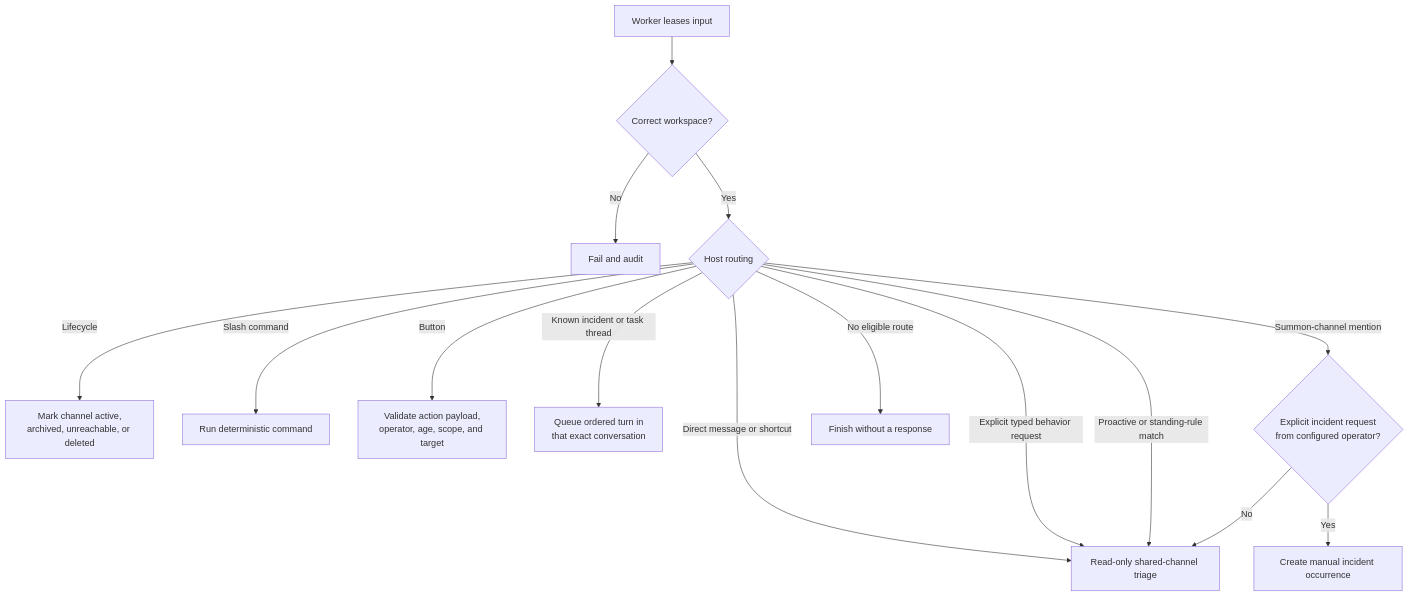
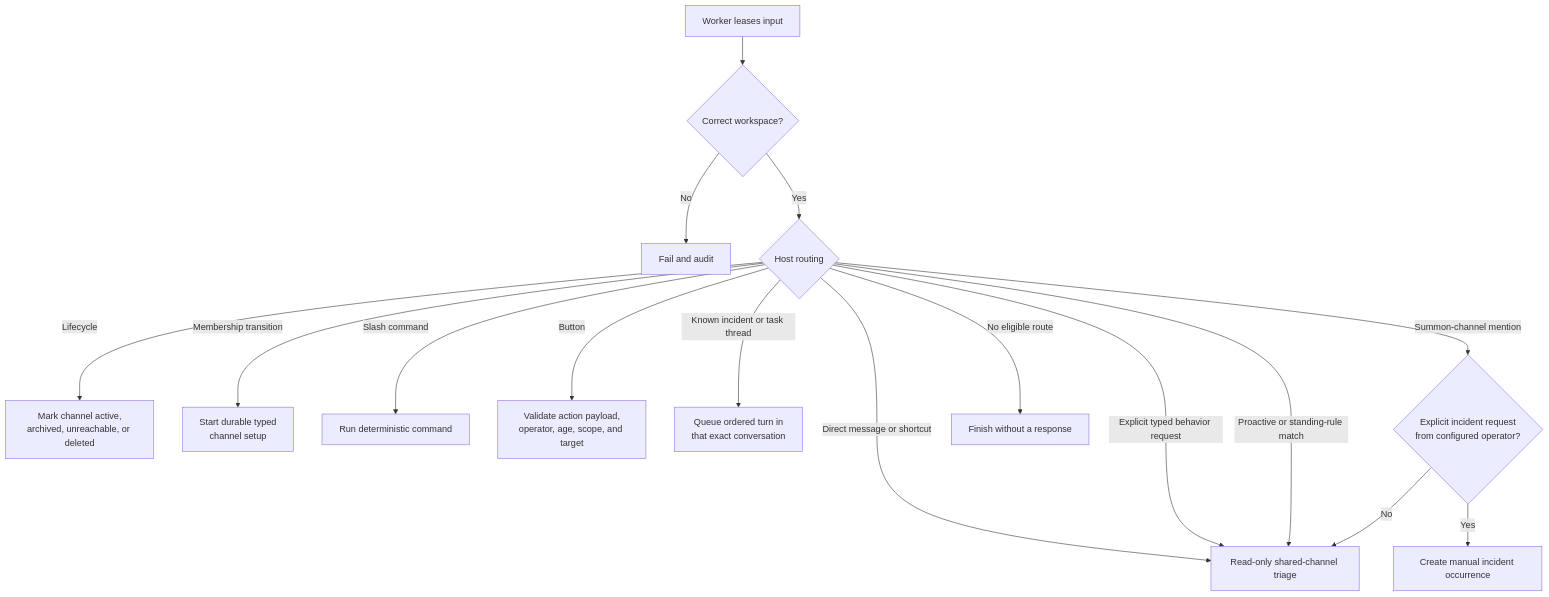
Before and after one commit to AndrewDryga/ryker: the third of 11 diagrams in docs/how-responder-works.md, drawn with Mermaid. The commit also changed other lines of this file and 76 other files, not shown here.

Commit message:
Add durable scheduler, channel setup wizard, and Slack app rebrand

````diff
--- a/docs/how-responder-works.md
+++ b/docs/how-responder-works.md
@@ -118,19 +128,20 @@
 ```mermaid
 flowchart TD
   Lease["Worker leases input"] --> Workspace{"Correct workspace?"}
   Workspace -- No --> Terminal["Fail and audit"]
   Workspace -- Yes --> Route{"Host routing"}
 
   Route -- "Lifecycle" --> Lifecycle["Mark channel active,<br/>archived, unreachable, or deleted"]
+  Route -- "Membership transition" --> Setup["Start durable typed<br/>channel setup"]
   Route -- "Slash command" --> Slash["Run deterministic command"]
   Route -- "Button" --> Action["Validate action payload,<br/>operator, age, scope, and target"]
   Route -- "Known incident or task thread" --> Conversation["Queue ordered turn in<br/>that exact conversation"]
   Route -- "Direct message or shortcut" --> Triage["Read-only shared-channel triage"]
   Route -- "Summon-channel mention" --> Summon{"Explicit incident request<br/>from configured operator?"}
   Route -- "Explicit typed behavior request" --> Triage
   Route -- "Proactive or standing-rule match" --> Triage
   Route -- "No eligible route" --> Done["Finish without a response"]
 
   Summon -- Yes --> ManualIncident["Create manual incident occurrence"]
   Summon -- No --> Triage
 ```
````
